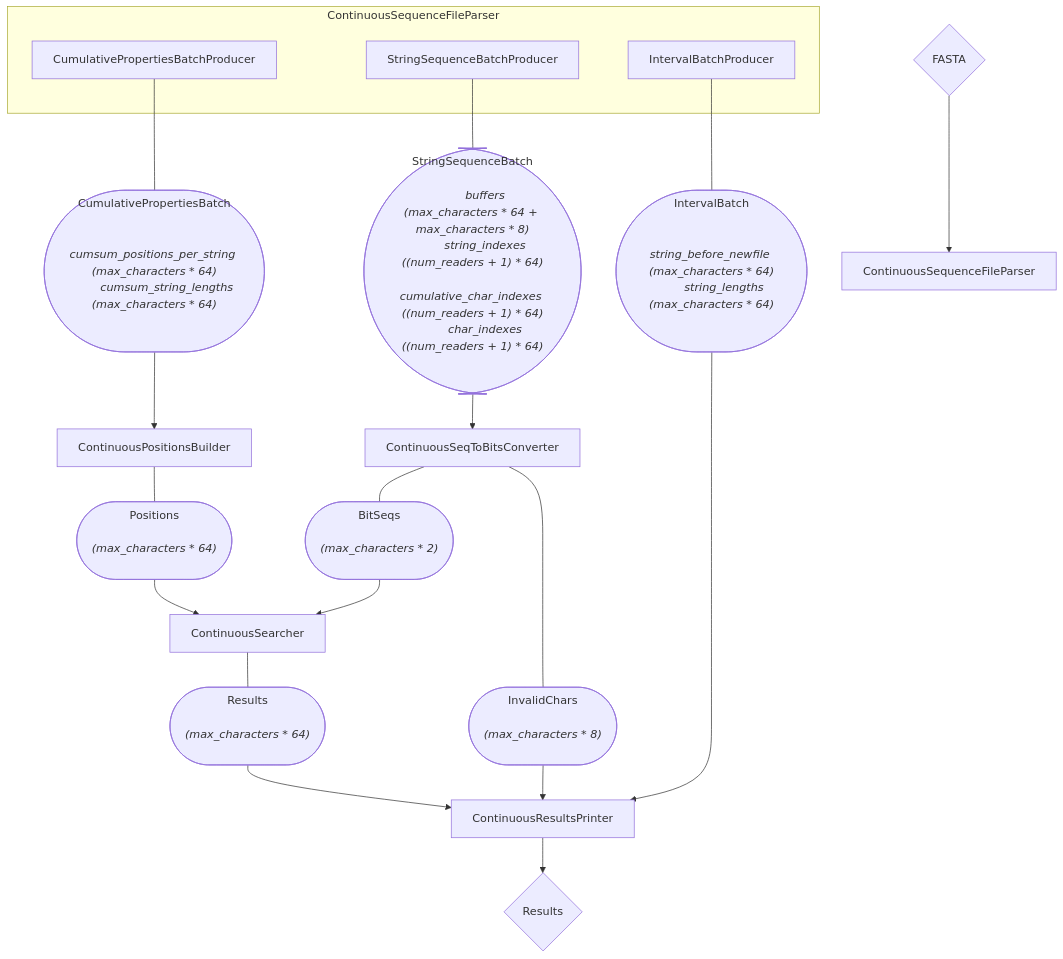
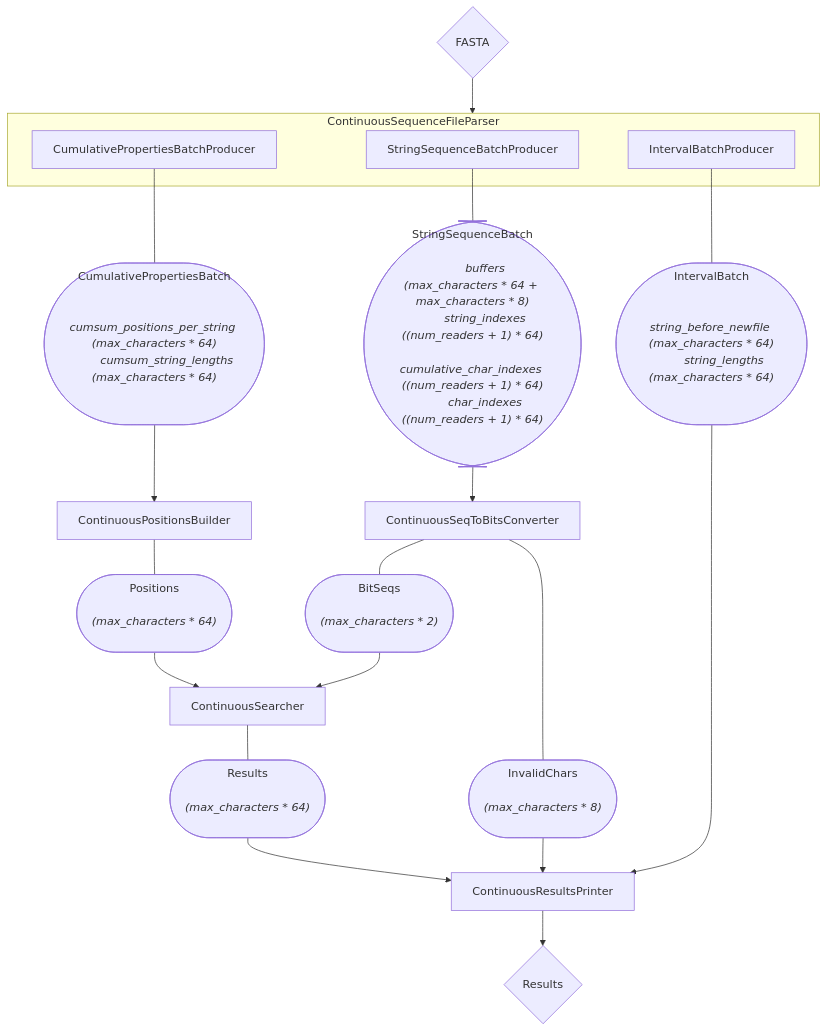
One commit to CowKeyMan/SBWT-Search changed the diagram in documentation/Documents/ProjectDocumentation/graphs/SearchComponentsPipeline.mmd. Above: the diagram before and after it, drawn with Mermaid.

Commit message:
Fix diagram error in documentation

```diff
--- a/documentation/Documents/ProjectDocumentation/graphs/SearchComponentsPipeline.mmd
+++ b/documentation/Documents/ProjectDocumentation/graphs/SearchComponentsPipeline.mmd
@@ -1,79 +1,79 @@
 flowchart TD
     StringSequenceBatch(["
         StringSequenceBatch
         <i>
         buffers (max_characters * 64 + max_characters * 8)
         string_indexes ((num_readers + 1) * 64)
         cumulative_char_indexes ((num_readers + 1) * 64)
         char_indexes ((num_readers + 1) * 64)
 
         </i>
     "])
     CumulativePropertiesBatch(["
         CumulativePropertiesBatch
         <i>
         cumsum_positions_per_string (max_characters * 64)
         cumsum_string_lengths (max_characters * 64)
 
         </i>
     "])
     IntervalBatch(["
         IntervalBatch
         <i>
         string_before_newfile (max_characters * 64)
         string_lengths (max_characters * 64)
 
         </i>
     "])
     Positions(["
         Positions
         <i>
         (max_characters * 64)
 
         </i>
     "])
     BitSeqs(["
         BitSeqs
         <i>
         (max_characters * 2)
 
         </i>
     "])
     Results(["
         Results
         <i>
         (max_characters * 64)
 
         </i>
     "])
     InvalidChars(["
         InvalidChars
         <i>
         (max_characters * 8)
 
         </i>
     "])
 
     FASTA{FASTA}-->ContinuousSequenceFileParser
-    subgraph ContinuousSequenceFileParser\n
+    subgraph ContinuousSequenceFileParser
         StringSequenceBatchProducer
         CumulativePropertiesBatchProducer
         IntervalBatchProducer
     end
     StringSequenceBatchProducer --- StringSequenceBatch
     CumulativePropertiesBatchProducer --- CumulativePropertiesBatch
     IntervalBatchProducer --- IntervalBatch
     ContinuousPositionsBuilder --- Positions
     ContinuousSeqToBitsConverter --- BitSeqs
     ContinuousSeqToBitsConverter --- InvalidChars
     ContinuousSearcher --- Results
 
     StringSequenceBatch-->ContinuousSeqToBitsConverter
     CumulativePropertiesBatch-->ContinuousPositionsBuilder
     Positions --> ContinuousSearcher
     BitSeqs --> ContinuousSearcher
     Results --> ContinuousResultsPrinter
     InvalidChars --> ContinuousResultsPrinter
     IntervalBatch --> ContinuousResultsPrinter
 
     ContinuousResultsPrinter--> ResultFiles{Results}
```
